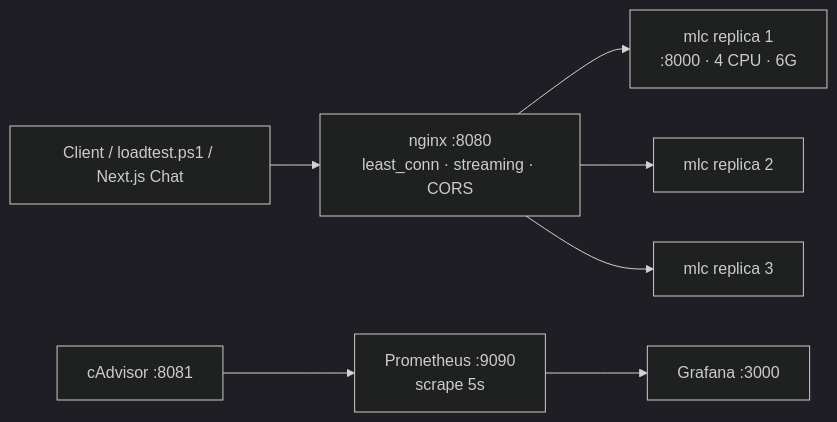
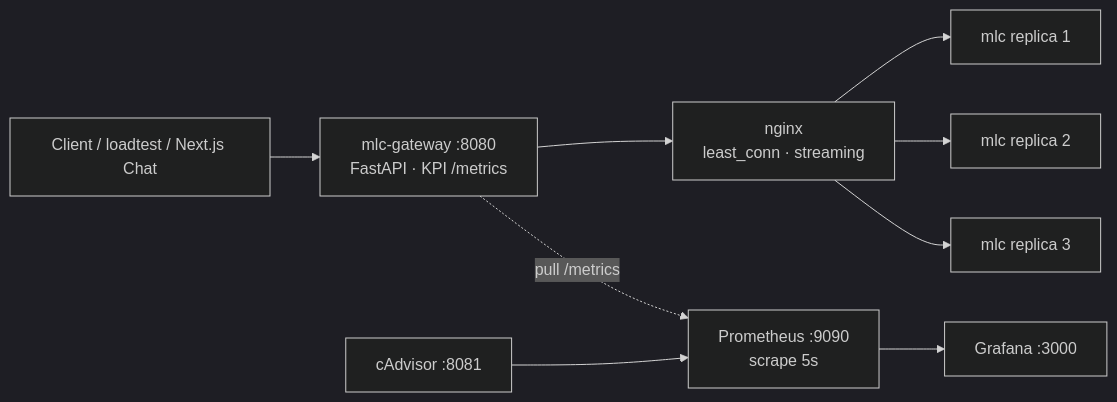
Before and after one commit to ayse-solmaz/llm-monitoring-app: the diagram in docs/SCALING_REPORT.md, drawn with Mermaid (dark theme). The commit also changed other lines of this file and 10 other files, not shown here.

Commit message:
Add FastAPI KPI gateway, shared model volume, and Grafana LLM panels

````diff
--- a/docs/SCALING_REPORT.md
+++ b/docs/SCALING_REPORT.md
@@ -34,18 +34,21 @@
 ```mermaid
 flowchart LR
-  Client["Client / loadtest.ps1 / Next.js Chat"]
-  Nginx["nginx :8080<br/>least_conn · streaming · CORS"]
-  M1["mlc replica 1<br/>:8000 · 4 CPU · 6G"]
+  Client["Client / loadtest / Next.js Chat"]
+  GW["mlc-gateway :8080<br/>FastAPI · KPI /metrics"]
+  Nginx["nginx<br/>least_conn · streaming"]
+  M1["mlc replica 1"]
   M2["mlc replica 2"]
   M3["mlc replica 3"]
   Cad["cAdvisor :8081"]
   Prom["Prometheus :9090<br/>scrape 5s"]
   Graf["Grafana :3000"]
 
-  Client --> Nginx
+  Client --> GW
+  GW --> Nginx
   Nginx --> M1
   Nginx --> M2
   Nginx --> M3
+  GW -.->|pull /metrics| Prom
   Cad --> Prom
   Prom --> Graf
 ```
````
